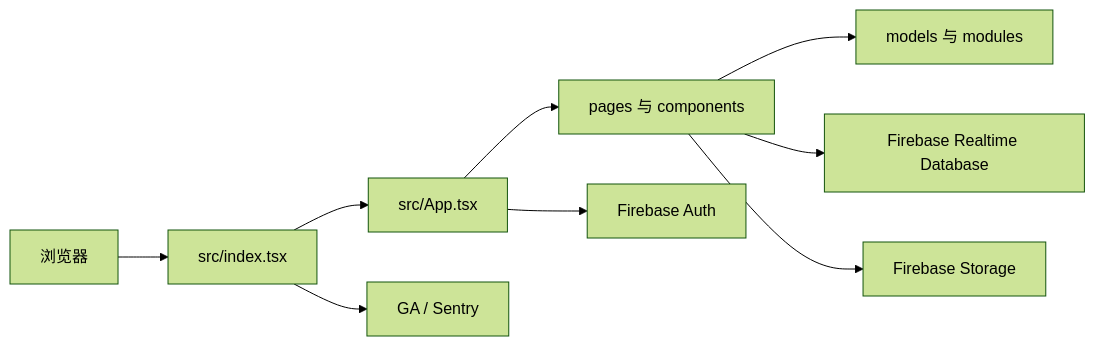
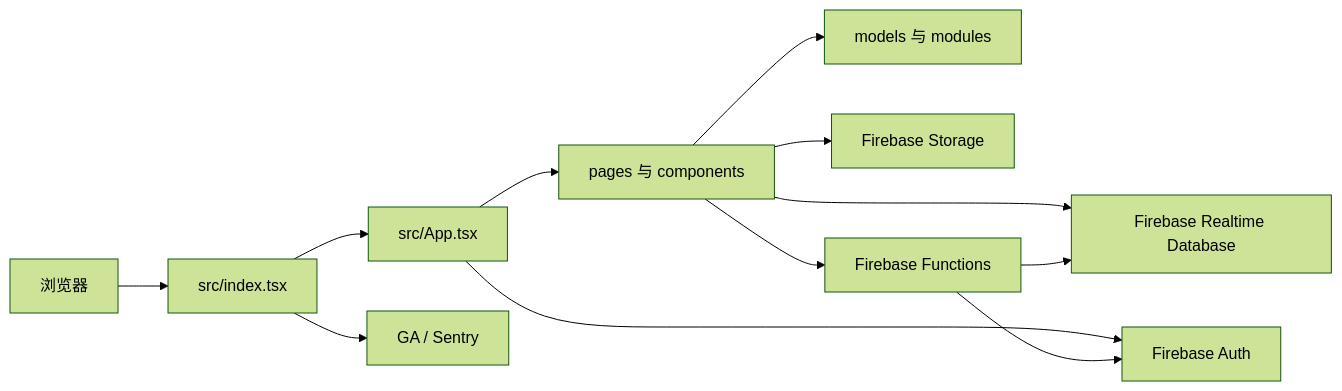
Before and after one commit to brepublic/Quorum: the diagram in PROJECT_ARCHITECTURE.md, drawn with Mermaid (forest theme). The commit also changed other lines of this file and 27 other files, not shown here.

````diff
--- a/PROJECT_ARCHITECTURE.md
+++ b/PROJECT_ARCHITECTURE.md
@@ -21,18 +21,21 @@
 ```mermaid
 flowchart LR
   Browser[浏览器]
   Entry[src/index.tsx]
   App[src/App.tsx]
   Pages[pages 与 components]
   Models[models 与 modules]
   Auth[Firebase Auth]
   RTDB[Firebase Realtime Database]
   Storage[Firebase Storage]
+  Functions[Firebase Functions]
   Obs[GA / Sentry]
 
   Browser --> Entry --> App --> Pages --> Models
   App --> Auth
   Pages --> RTDB
   Pages --> Storage
+  Pages --> Functions --> Auth
+  Functions --> RTDB
   Entry --> Obs
 ```
````
